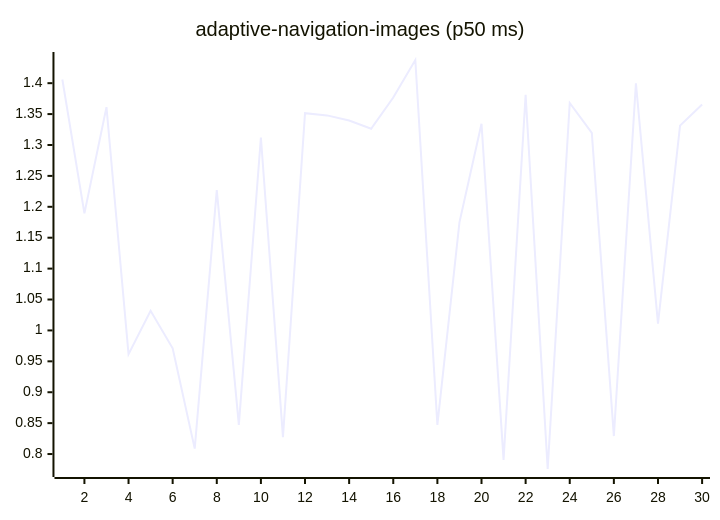
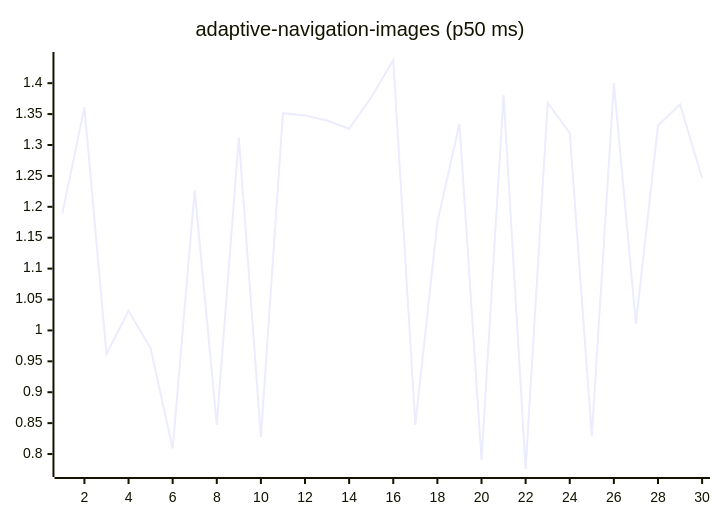
The first of 27 diagrams in README.md (josha/Facet), drawn with Mermaid before and after one commit. The commit also changed other lines of this file and 2 other files, not shown here.

````diff
--- a/README.md
+++ b/README.md
@@ -63,6 +63,6 @@
 ```mermaid
 xychart-beta
     title "adaptive-navigation-images (p50 ms)"
     x-axis 1 --> 30
-    line [1.4060, 1.1893, 1.3612, 0.9615, 1.0317, 0.9711, 0.8088, 1.2271, 0.8473, 1.3121, 0.8274, 1.3515, 1.3479, 1.3395, 1.3263, 1.3769, 1.4375, 0.8471, 1.1748, 1.3343, 0.7905, 1.3810, 0.7758, 1.3680, 1.3197, 0.8291, 1.3996, 1.0110, 1.3313, 1.3656]
+    line [1.1893, 1.3612, 0.9615, 1.0317, 0.9711, 0.8088, 1.2271, 0.8473, 1.3121, 0.8274, 1.3515, 1.3479, 1.3395, 1.3263, 1.3769, 1.4375, 0.8471, 1.1748, 1.3343, 0.7905, 1.3810, 0.7758, 1.3680, 1.3197, 0.8291, 1.3996, 1.0110, 1.3313, 1.3656, 1.2466]
 ```
````
